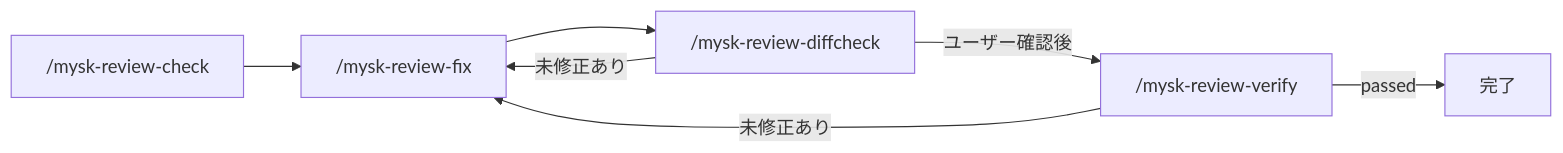
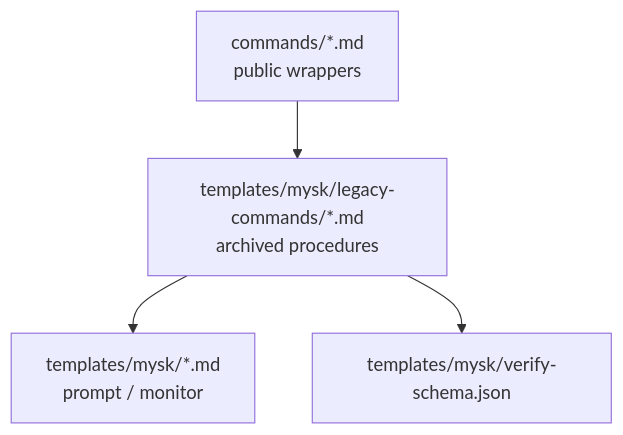
Before and after one commit to ainoobmenpg/claude-code-myskills: the second of 2 diagrams in docs/workflow.md, drawn with Mermaid. The commit also changed other lines of this file and 29 other files, not shown here.

Commit message:
feat: simplify public workflow commands

````diff
--- a/docs/workflow.md
+++ b/docs/workflow.md
@@ -67,9 +42,6 @@
 ```mermaid
-graph LR
-    A["/mysk-review-check"] --> B["/mysk-review-fix"]
-    B --> C["/mysk-review-diffcheck"]
-    C -->|"未修正あり"| B
-    C -->|"ユーザー確認後"| D["/mysk-review-verify"]
-    D -->|"未修正あり"| B
-    D -->|"passed"| E["完了"]
+graph TD
+    A["commands/*.md<br/>public wrappers"] --> B["templates/mysk/legacy-commands/*.md<br/>archived procedures"]
+    B --> C["templates/mysk/*.md<br/>prompt / monitor"]
+    B --> D["templates/mysk/verify-schema.json"]
 ```
````
